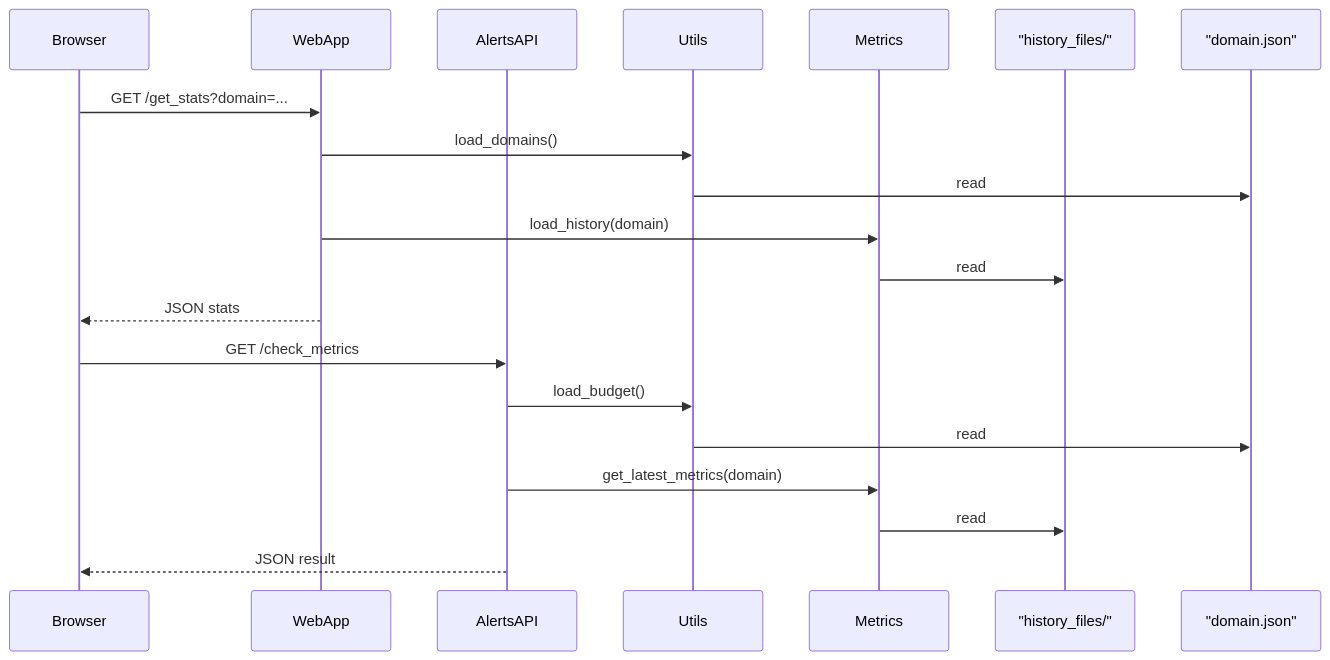
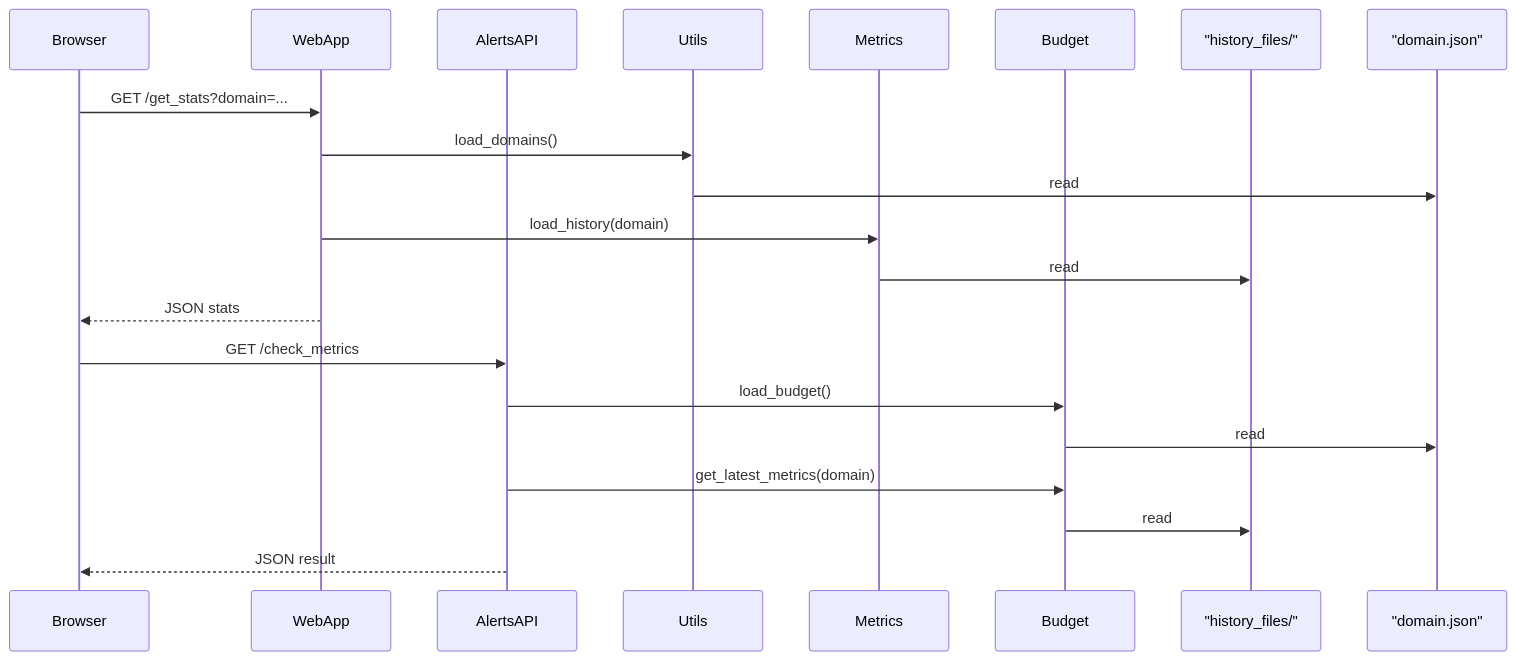
One commit to sol1-boop/POLZAru-speed-index changed the diagram in docs/request-flow.md. Above: the diagram before and after it, drawn with Mermaid. The commit also changed 4 other files, not shown here.

````diff
--- a/docs/request-flow.md
+++ b/docs/request-flow.md
@@ -11,24 +11,25 @@
 ```mermaid
 sequenceDiagram
     participant Browser
     participant WebApp
     participant AlertsAPI
     participant Utils
     participant Metrics
+    participant Budget
     participant HistoryFiles as "history_files/"
     participant DomainConfig as "domain.json"
 
     Browser->>WebApp: GET /get_stats?domain=...
     WebApp->>Utils: load_domains()
     Utils->>DomainConfig: read
     WebApp->>Metrics: load_history(domain)
     Metrics->>HistoryFiles: read
     WebApp-->>Browser: JSON stats
 
     Browser->>AlertsAPI: GET /check_metrics
-    AlertsAPI->>Utils: load_budget()
-    Utils->>DomainConfig: read
-    AlertsAPI->>Metrics: get_latest_metrics(domain)
-    Metrics->>HistoryFiles: read
+    AlertsAPI->>Budget: load_budget()
+    Budget->>DomainConfig: read
+    AlertsAPI->>Budget: get_latest_metrics(domain)
+    Budget->>HistoryFiles: read
     AlertsAPI-->>Browser: JSON result
 ```
````
